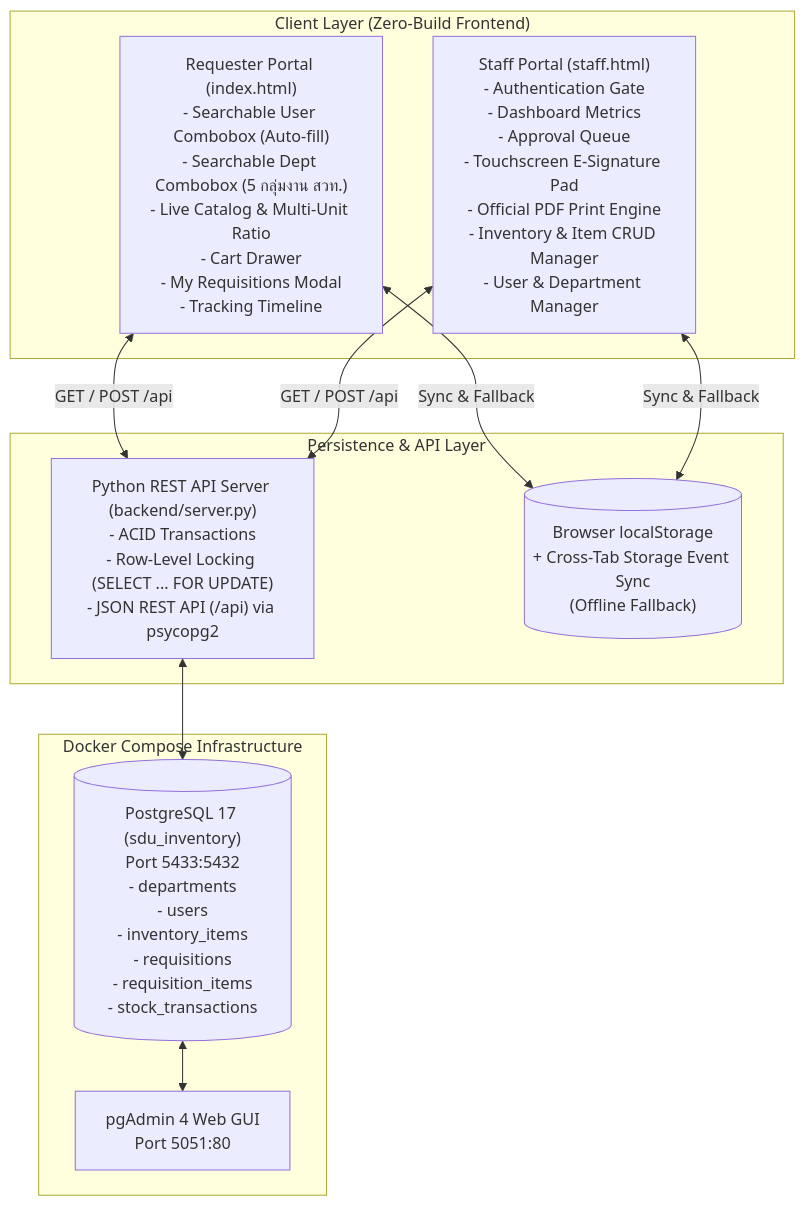
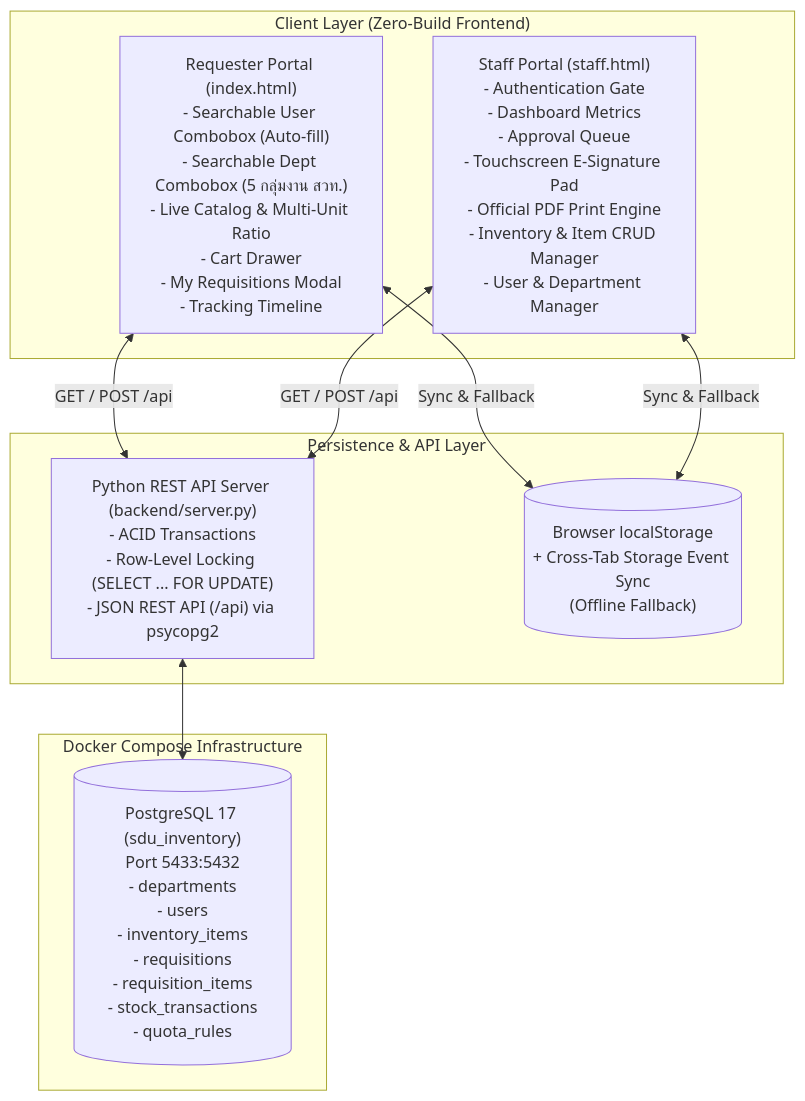
One commit to itsmekritsanai/stock-order-sdu changed the second of 3 diagrams in PROJECT_CONTEXT.md. Above: the diagram before and after it, drawn with Mermaid. The commit also changed other lines of this file and 20 other files, not shown here.

Commit message:
docs(project): update docs to current architecture and remove remaining pgAdmin references (v3.8.3)

````diff
--- a/PROJECT_CONTEXT.md
+++ b/PROJECT_CONTEXT.md
@@ -48,24 +48,22 @@
 ```mermaid
 graph TD
     subgraph "Client Layer (Zero-Build Frontend)"
         REQ["Requester Portal (index.html)<br/>- Searchable User Combobox (Auto-fill)<br/>- Searchable Dept Combobox (5 กลุ่มงาน สวท.)<br/>- Live Catalog & Multi-Unit Ratio<br/>- Cart Drawer<br/>- My Requisitions Modal<br/>- Tracking Timeline"]
         STAFF["Staff Portal (staff.html)<br/>- Authentication Gate<br/>- Dashboard Metrics<br/>- Approval Queue<br/>- Touchscreen E-Signature Pad<br/>- Official PDF Print Engine<br/>- Inventory & Item CRUD Manager<br/>- User & Department Manager"]
     end
 
     subgraph "Docker Compose Infrastructure"
-        PG[("PostgreSQL 17 (sdu_inventory)<br/>Port 5433:5432<br/>- departments<br/>- users<br/>- inventory_items<br/>- requisitions<br/>- requisition_items<br/>- stock_transactions")]
-        PGA["pgAdmin 4 Web GUI<br/>Port 5051:80"]
-        PG <--> PGA
+        PG[("PostgreSQL 17 (sdu_inventory)<br/>Port 5433:5432<br/>- departments<br/>- users<br/>- inventory_items<br/>- requisitions<br/>- requisition_items<br/>- stock_transactions<br/>- quota_rules")]
     end
 
     subgraph "Persistence & API Layer"
         API["Python REST API Server (backend/server.py)<br/>- ACID Transactions<br/>- Row-Level Locking (SELECT ... FOR UPDATE)<br/>- JSON REST API (/api) via psycopg2"]
         LOCAL[("Browser localStorage<br/>+ Cross-Tab Storage Event Sync<br/>(Offline Fallback)")]
     end
 
     REQ <-->|GET / POST /api| API
     STAFF <-->|GET / POST /api| API
     API <--> PG
     REQ <-->|Sync & Fallback| LOCAL
     STAFF <-->|Sync & Fallback| LOCAL
 ```
````
